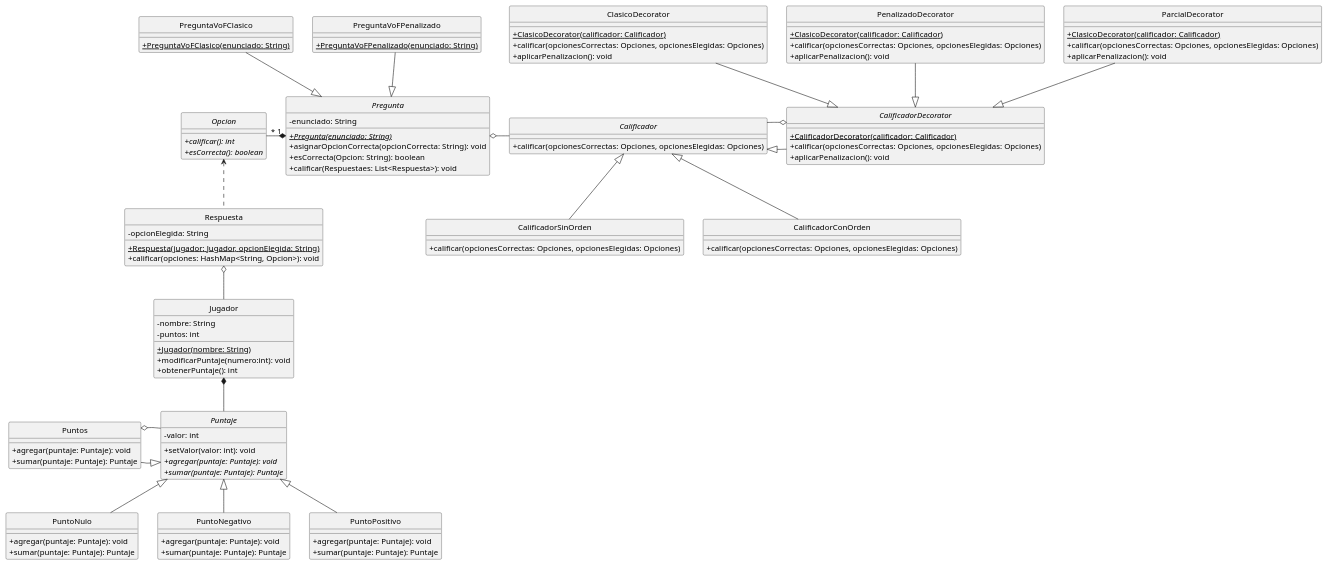
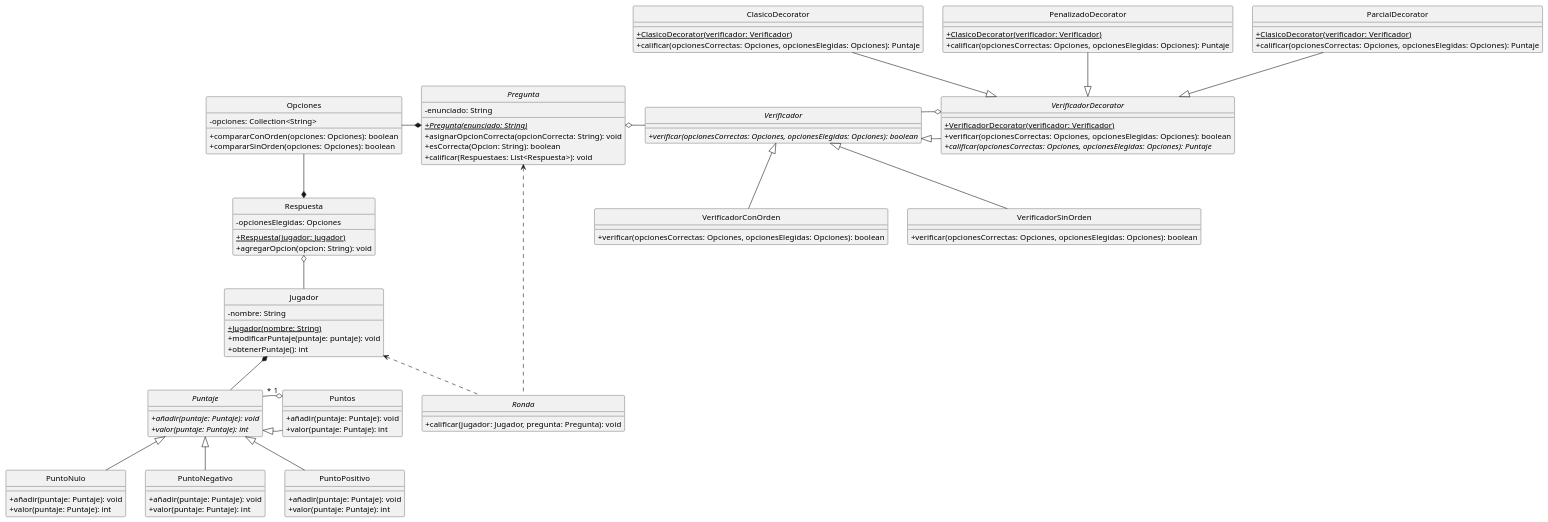
One commit to AmayaSantos/TP2-1 changed the diagram in src/main/java/edu/fiuba/algo3/modelo/diagramas/ModeloPosibleRefactorizacion.puml. Above: the diagram before and after it, drawn with PlantUML.

Commit message:
Posible diagrama terminado

```diff
--- a/src/main/java/edu/fiuba/algo3/modelo/diagramas/ModeloPosibleRefactorizacion.puml
+++ b/src/main/java/edu/fiuba/algo3/modelo/diagramas/ModeloPosibleRefactorizacion.puml
@@ -1,125 +1,118 @@
 @startuml
 hide circle
 skinparam classAttributeIconSize 0
 
 'Clases
-Interface Opcion{
-    +{abstract}calificar(): int
-    +{abstract}esCorrecta(): boolean
+Class Opciones{
+    -opciones: Collection<String>
+    +compararConOrden(opciones: Opciones): boolean
+    +compararSinOrden(opciones: Opciones): boolean
 }
 
 Abstract Class Pregunta{
     -enunciado: String
     +{abstract}{static}Pregunta(enunciado: String)
     +asignarOpcionCorrecta(opcionCorrecta: String): void
     +esCorrecta(Opcion: String): boolean
     +calificar(Respuestaes: List<Respuesta>): void
 }
 
-Class PreguntaVoFClasico{
-   +{static}PreguntaVoFClasico(enunciado: String)
-}
-
-Class PreguntaVoFPenalizado{
-   +{static}PreguntaVoFPenalizado(enunciado: String)
-}
-
 Class Respuesta{
-    -opcionElegida: String
-    +{static}Respuesta(jugador: Jugador, opcionElegida: String)
-    +calificar(opciones: HashMap<String, Opcion>): void
+    -opcionesElegidas: Opciones
+    +{static}Respuesta(jugador: Jugador)
+    +agregarOpcion(opcion: String): void
 }
 
 Class Jugador{
     -nombre: String
-    -puntos: int
     +{Static}Jugador(nombre: String)
-    +modificarPuntaje(numero:int): void
+    +modificarPuntaje(puntaje: puntaje): void
     +obtenerPuntaje(): int
 }
 
 Abstract Class Puntaje{
-    -valor: int
-    +setValor(valor: int): void
-    +{abstract}agregar(puntaje: Puntaje): void
-    +{abstract}sumar(puntaje: Puntaje): Puntaje
+    +{abstract}añadir(puntaje: Puntaje): void
+    +{abstract}valor(puntaje: Puntaje): int
 }
 
 Class Puntos{
-    +agregar(puntaje: Puntaje): void
-    +sumar(puntaje: Puntaje): Puntaje
+    +añadir(puntaje: Puntaje): void
+    +valor(puntaje: Puntaje): int
 }
 
 Class PuntoNulo{
-    +agregar(puntaje: Puntaje): void
-    +sumar(puntaje: Puntaje): Puntaje
+    +añadir(puntaje: Puntaje): void
+    +valor(puntaje: Puntaje): int
 }
 
 Class PuntoNegativo{
-    +agregar(puntaje: Puntaje): void
-    +sumar(puntaje: Puntaje): Puntaje
+    +añadir(puntaje: Puntaje): void
+    +valor(puntaje: Puntaje): int
 }
 
 Class PuntoPositivo{
-    +agregar(puntaje: Puntaje): void
-    +sumar(puntaje: Puntaje): Puntaje
+    +añadir(puntaje: Puntaje): void
+    +valor(puntaje: Puntaje): int
 }
 
-Interface Calificador{
-    +calificar(opcionesCorrectas: Opciones, opcionesElegidas: Opciones)
+Interface Verificador{
+    +{abstract}verificar(opcionesCorrectas: Opciones, opcionesElegidas: Opciones): boolean
 }
 
-Class CalificadorConOrden{
-    +calificar(opcionesCorrectas: Opciones, opcionesElegidas: Opciones)
+Class VerificadorConOrden{
+    +verificar(opcionesCorrectas: Opciones, opcionesElegidas: Opciones): boolean
 }
 
-Class CalificadorSinOrden{
-    +calificar(opcionesCorrectas: Opciones, opcionesElegidas: Opciones)
+Class VerificadorSinOrden{
+    +verificar(opcionesCorrectas: Opciones, opcionesElegidas: Opciones): boolean
 }
 
-Abstract Class CalificadorDecorator{
-    +{Static}CalificadorDecorator(calificador: Calificador)
-    +calificar(opcionesCorrectas: Opciones, opcionesElegidas: Opciones)
-    +aplicarPenalizacion(): void
+Abstract Class VerificadorDecorator{
+    +{Static}VerificadorDecorator(verificador: Verificador)
+    +verificar(opcionesCorrectas: Opciones, opcionesElegidas: Opciones): boolean
+    +{abstract}calificar(opcionesCorrectas: Opciones, opcionesElegidas: Opciones): Puntaje
 }
 
 Class ClasicoDecorator{
-    +{Static}ClasicoDecorator(calificador: Calificador)
-    +calificar(opcionesCorrectas: Opciones, opcionesElegidas: Opciones)
-    +aplicarPenalizacion(): void
+    +{Static}ClasicoDecorator(verificador: Verificador)
+    +calificar(opcionesCorrectas: Opciones, opcionesElegidas: Opciones): Puntaje
 }
 
 Class PenalizadoDecorator{
-    +{Static}ClasicoDecorator(calificador: Calificador)
-    +calificar(opcionesCorrectas: Opciones, opcionesElegidas: Opciones)
-    +aplicarPenalizacion(): void
+    +{Static}ClasicoDecorator(verificador: Verificador)
+    +calificar(opcionesCorrectas: Opciones, opcionesElegidas: Opciones): Puntaje
 }
 
 Class ParcialDecorator{
-    +{Static}ClasicoDecorator(calificador: Calificador)
-    +calificar(opcionesCorrectas: Opciones, opcionesElegidas: Opciones)
-    +aplicarPenalizacion(): void
+    +{Static}ClasicoDecorator(verificador: Verificador)
+    +calificar(opcionesCorrectas: Opciones, opcionesElegidas: Opciones): Puntaje
 }
 
+Abstract Class Ronda{
+    +calificar(jugador: Jugador, pregunta: Pregunta): void
+}
+
+
+
 'Relaciones
-PreguntaVoFPenalizado --|> Pregunta
-PreguntaVoFClasico --|> Pregunta
 Respuesta o-- Jugador
-Pregunta "1" *-left- "*" Opcion
-Respuesta .up.> Opcion
+Pregunta *-left- Opciones
+Respuesta *-up- Opciones
 PuntoNegativo -up-|> Puntaje
 PuntoNulo -up-|> Puntaje
 PuntoPositivo -up-|> Puntaje
-Puntos --|> Puntaje
-Puntos o-right- Puntaje
+Puntos -left-|> Puntaje
+Puntos "1" o-left- "*" Puntaje
 Jugador *-- Puntaje
-Pregunta o-right- Calificador
-CalificadorDecorator -left-|> Calificador
-CalificadorDecorator o-left- Calificador
-CalificadorSinOrden -up-|> Calificador
-CalificadorConOrden -up-|> Calificador
-ClasicoDecorator --|> CalificadorDecorator
-PenalizadoDecorator --|> CalificadorDecorator
-ParcialDecorator --|> CalificadorDecorator
+Pregunta o-right- Verificador
+VerificadorDecorator -left-|> Verificador
+VerificadorDecorator o-left- Verificador
+VerificadorSinOrden -up-|> Verificador
+VerificadorConOrden -up-|> Verificador
+ClasicoDecorator --|> VerificadorDecorator
+PenalizadoDecorator --|> VerificadorDecorator
+ParcialDecorator --|> VerificadorDecorator
+Ronda .up.> Jugador
+Ronda .left.> Pregunta
 
 @enduml
```
